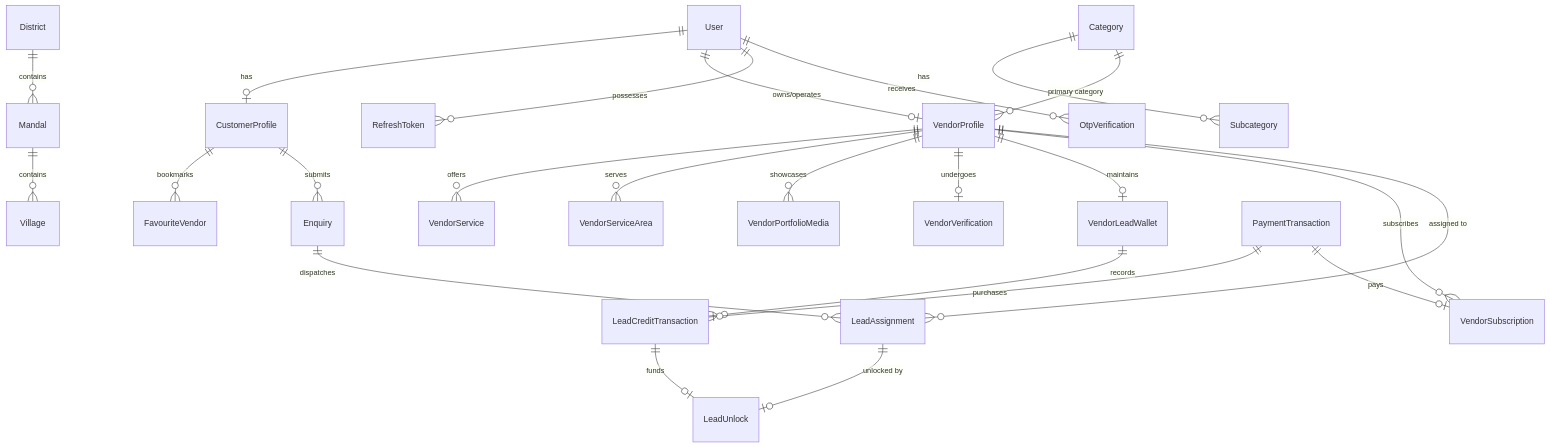
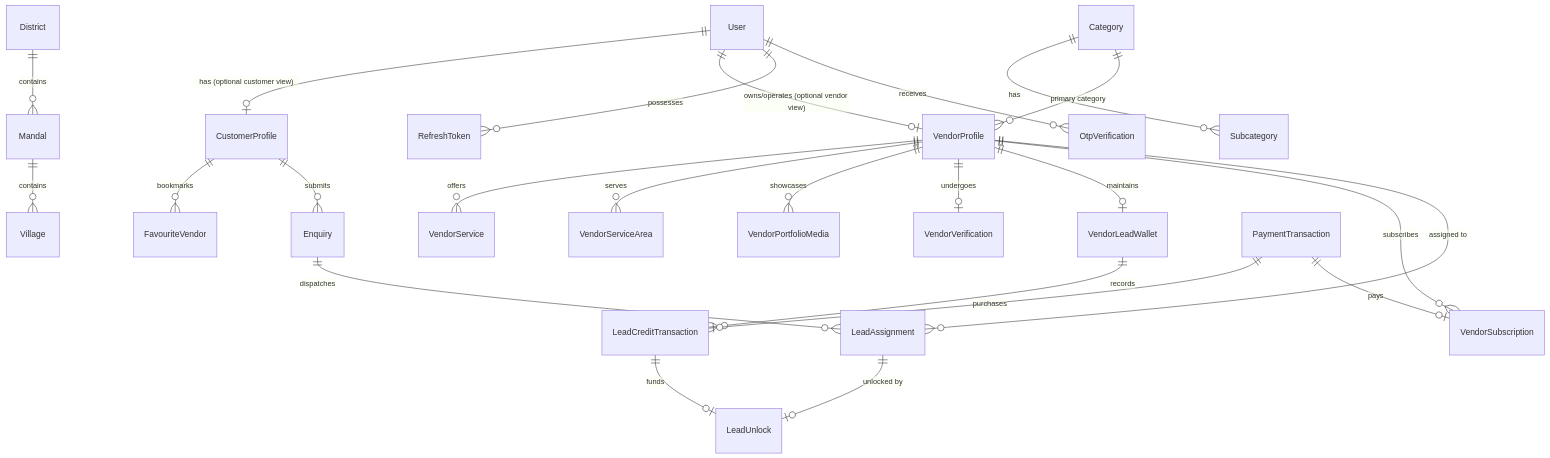
Before and after one commit to dsriharikrishna/telangana-weddings-starter: the second of 4 diagrams in docs/backend/BACKEND_AUDIT.md, drawn with Mermaid. The commit also changed other lines of this file and 105 other files, not shown here.

````diff
--- a/docs/backend/BACKEND_AUDIT.md
+++ b/docs/backend/BACKEND_AUDIT.md
@@ -230,32 +238,32 @@
 ```mermaid
 erDiagram
-    User ||--o| CustomerProfile : "has"
-    User ||--o| VendorProfile : "owns/operates"
+    User ||--o| CustomerProfile : "has (optional customer view)"
+    User ||--o| VendorProfile : "owns/operates (optional vendor view)"
     User ||--o{ RefreshToken : "possesses"
     User ||--o{ OtpVerification : "receives"
 
     District ||--o{ Mandal : "contains"
     Mandal ||--o{ Village : "contains"
 
     Category ||--o{ Subcategory : "has"
     Category ||--o{ VendorProfile : "primary category"
 
     VendorProfile ||--o{ VendorService : "offers"
     VendorProfile ||--o{ VendorServiceArea : "serves"
     VendorProfile ||--o{ VendorPortfolioMedia : "showcases"
     VendorProfile ||--o| VendorVerification : "undergoes"
     VendorProfile ||--o| VendorLeadWallet : "maintains"
     VendorProfile ||--o{ VendorSubscription : "subscribes"
 
     CustomerProfile ||--o{ FavouriteVendor : "bookmarks"
     CustomerProfile ||--o{ Enquiry : "submits"
 
     Enquiry ||--o{ LeadAssignment : "dispatches"
     VendorProfile ||--o{ LeadAssignment : "assigned to"
     LeadAssignment ||--o| LeadUnlock : "unlocked by"
 
     VendorLeadWallet ||--o{ LeadCreditTransaction : "records"
     LeadCreditTransaction ||--o| LeadUnlock : "funds"
     PaymentTransaction ||--o| LeadCreditTransaction : "purchases"
     PaymentTransaction ||--o| VendorSubscription : "pays"
 ```
````
